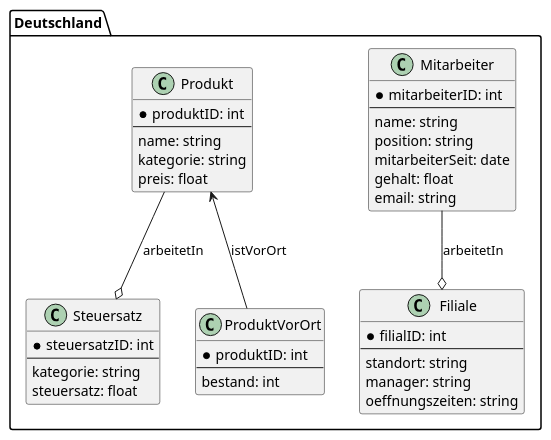
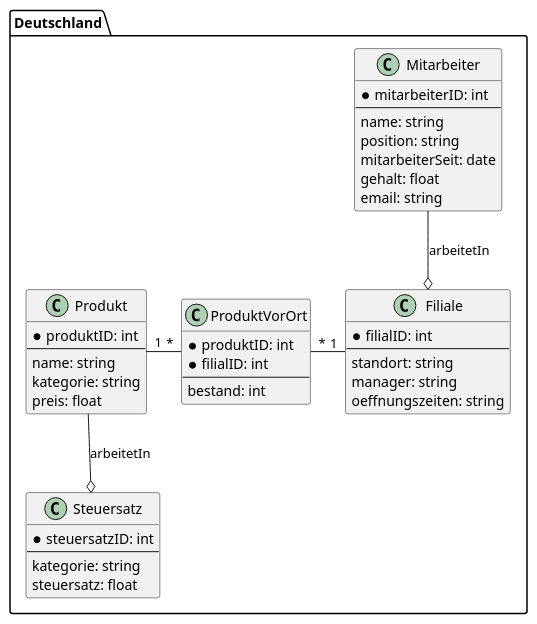
Before and after one commit to marius-a-mueller/avg-datenintegration: the diagram in Deutschland/Deutschland.plantuml, drawn with PlantUML.

Commit message:
Beziehungen in Deutschland UML Diagramm angepasst

```diff
--- a/Deutschland/Deutschland.plantuml
+++ b/Deutschland/Deutschland.plantuml
@@ -1,46 +1,50 @@
 @startuml Deutschland
 package Deutschland {
     class Mitarbeiter {
         *mitarbeiterID: int
 --
         name: string
         position: string
         mitarbeiterSeit: date
         gehalt: float
         email: string
     }
     
     class Produkt {
         *produktID: int
 --
         name: string
         kategorie: string
         preis: float
     }
     
     class Steuersatz {
         *steuersatzID: int
 --
         kategorie: string
         steuersatz: float
     }
     
     class ProduktVorOrt {
         *produktID: int
+        *filialID: int
 --
         bestand: int
     }
     
     class Filiale {
         *filialID: int
 --
         standort: string
         manager: string
         oeffnungszeiten: string
     }
+
+Produkt "1" -right- "*" ProduktVorOrt 
+Filiale "1" -left- "*" ProduktVorOrt 
 Mitarbeiter --o Filiale : arbeitetIn
-Produkt <-- ProduktVorOrt : istVorOrt
 Produkt --o Steuersatz : arbeitetIn
+
 
 }
 @enduml
```
